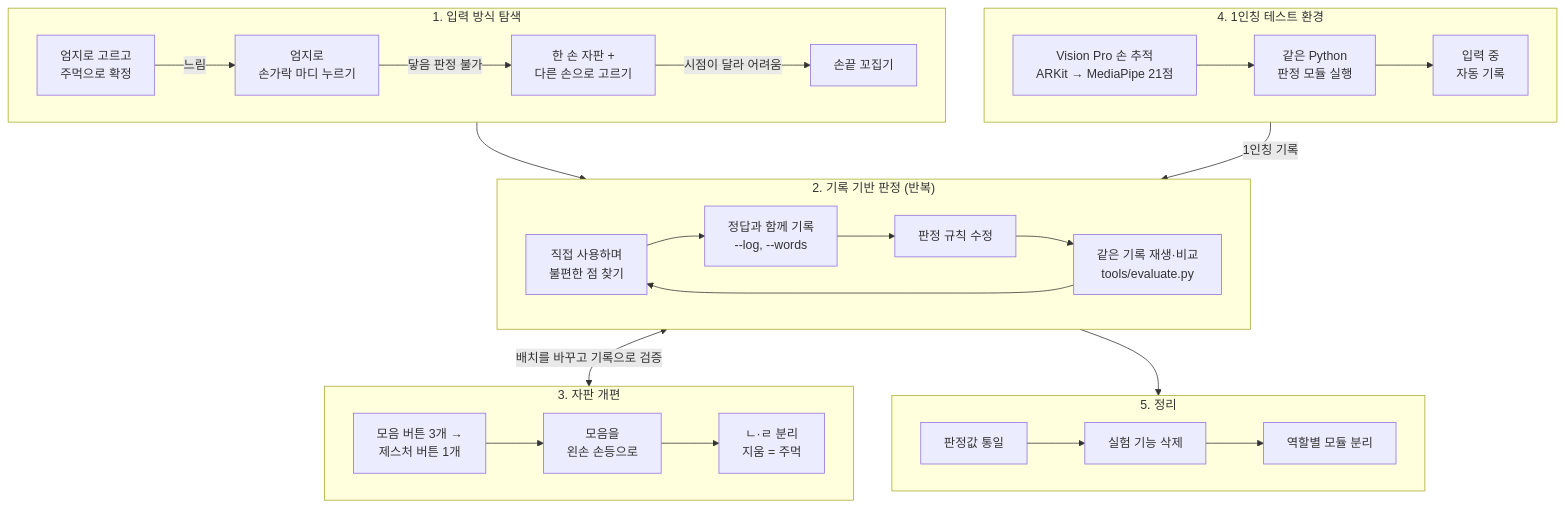
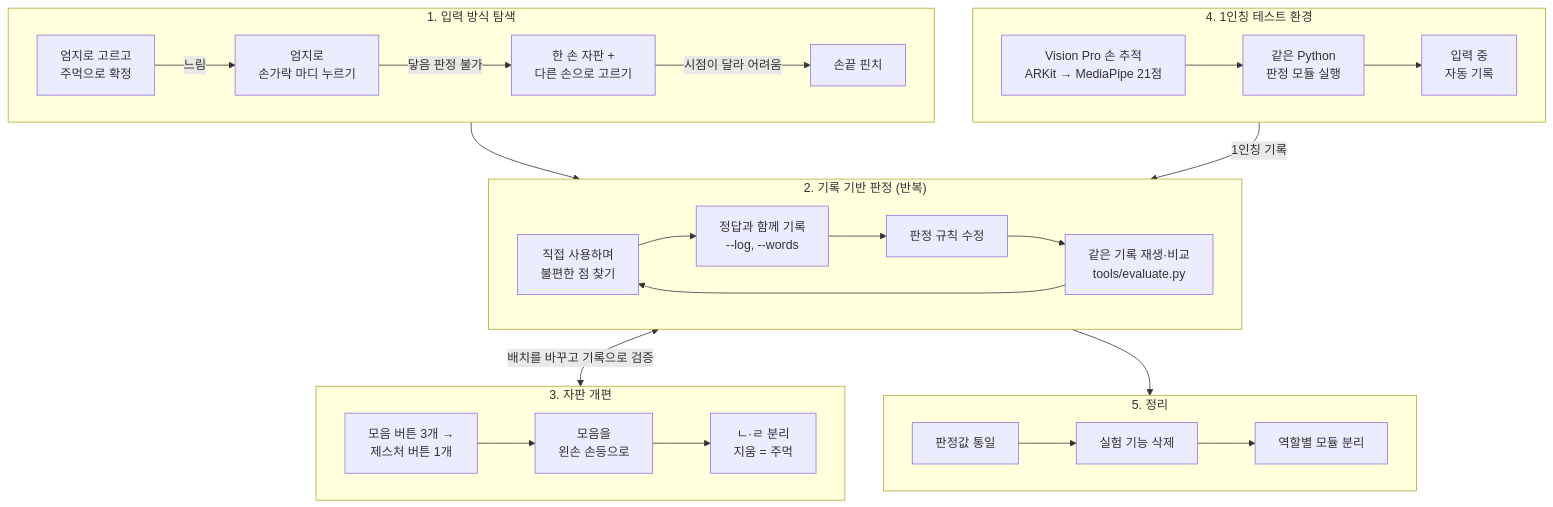
One commit to Nedian0Brien/OndeviceAI_Lecture changed the second of 2 diagrams in Project01/README.md. Above: the diagram before and after it, drawn with Mermaid. The commit also changed other lines of this file, not shown here.

Commit message:
docs: README의 '꼬집기' 표현을 '핀치'로 통일

````diff
--- a/Project01/README.md
+++ b/Project01/README.md
@@ -277,35 +277,35 @@
 ```mermaid
 flowchart TB
     subgraph S1["1. 입력 방식 탐색"]
         direction LR
         A1["엄지로 고르고<br/>주먹으로 확정"] -->|"느림"| A2["엄지로<br/>손가락 마디 누르기"]
         A2 -->|"닿음 판정 불가"| A3["한 손 자판 +<br/>다른 손으로 고르기"]
-        A3 -->|"시점이 달라 어려움"| A4["손끝 꼬집기"]
+        A3 -->|"시점이 달라 어려움"| A4["손끝 핀치"]
     end
     subgraph S2["2. 기록 기반 판정 (반복)"]
         direction LR
         B1["직접 사용하며<br/>불편한 점 찾기"] --> B2["정답과 함께 기록<br/>--log, --words"]
         B2 --> B3["판정 규칙 수정"]
         B3 --> B4["같은 기록 재생·비교<br/>tools/evaluate.py"]
         B4 --> B1
     end
     subgraph S3["3. 자판 개편"]
         direction LR
         C1["모음 버튼 3개 →<br/>제스처 버튼 1개"] --> C2["모음을<br/>왼손 손등으로"]
         C2 --> C3["ㄴ·ㄹ 분리<br/>지움 = 주먹"]
     end
     subgraph S4["4. 1인칭 테스트 환경"]
         direction LR
         D1["Vision Pro 손 추적<br/>ARKit → MediaPipe 21점"] --> D2["같은 Python<br/>판정 모듈 실행"]
         D2 --> D3["입력 중<br/>자동 기록"]
     end
     subgraph S5["5. 정리"]
         direction LR
         E1["판정값 통일"] --> E2["실험 기능 삭제"]
         E2 --> E3["역할별 모듈 분리"]
     end
     S1 --> S2
     S2 <-->|"배치를 바꾸고 기록으로 검증"| S3
     S4 -->|"1인칭 기록"| S2
     S2 --> S5
 ```
````
